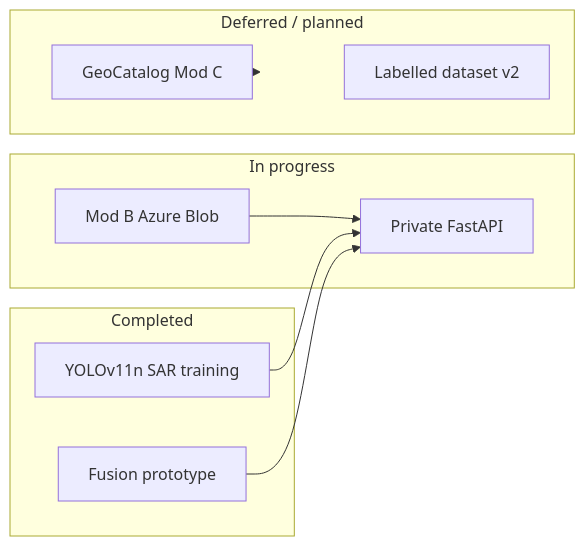
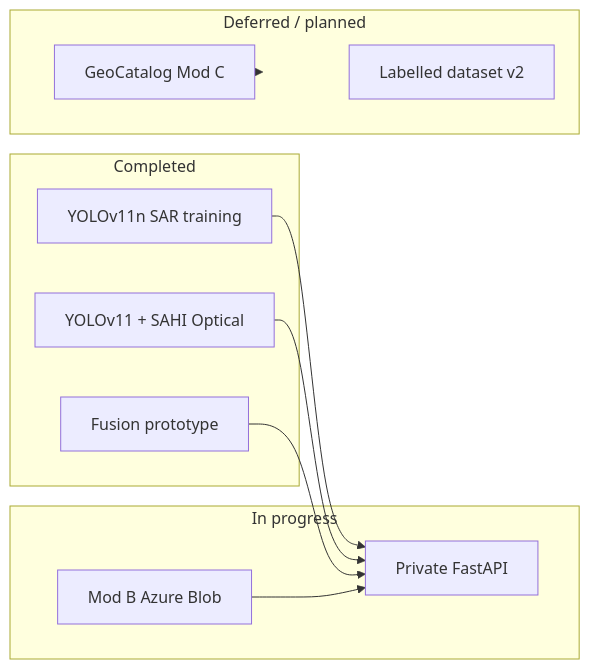
The diagram in README.md (Abisat5/Sar-geoprocessing-platform-public), drawn with Mermaid before and after one commit. The commit also changed other lines of this file and 4 other files, not shown here.

First line of the commit message:
docs: integrate YOLO11s and SAHI optical satellite detection pipeline

````diff
--- a/README.md
+++ b/README.md
@@ -261,19 +358,21 @@
 ```mermaid
 flowchart LR
   subgraph done [Completed]
     YOLO[YOLOv11n SAR training]
+    SAHI[YOLOv11 + SAHI Optical]
     FUS[Fusion prototype]
   end
   subgraph now [In progress]
     B[Mod B Azure Blob]
     API[Private FastAPI]
   end
   subgraph later [Deferred / planned]
     C[GeoCatalog Mod C]
     ML[Labelled dataset v2]
   end
   YOLO --> API
+  SAHI --> API
   B --> API
   FUS --> API
   C -.-> later
 ```
````
